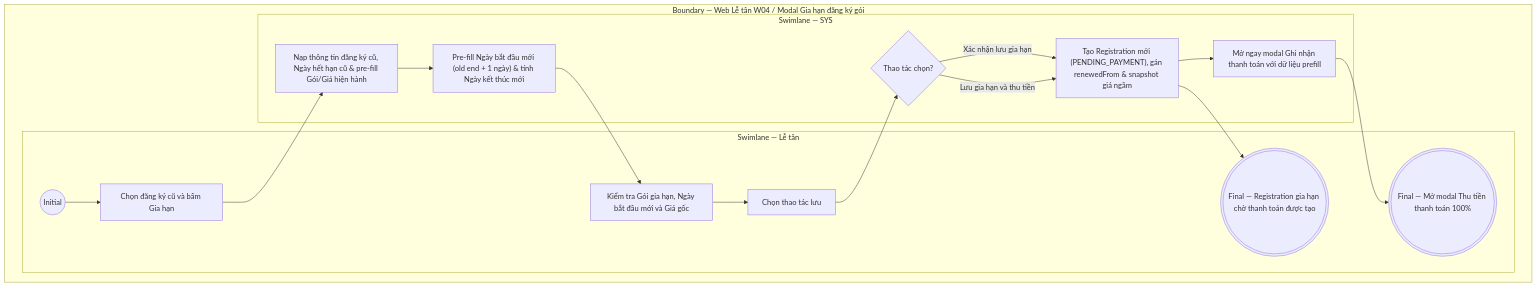
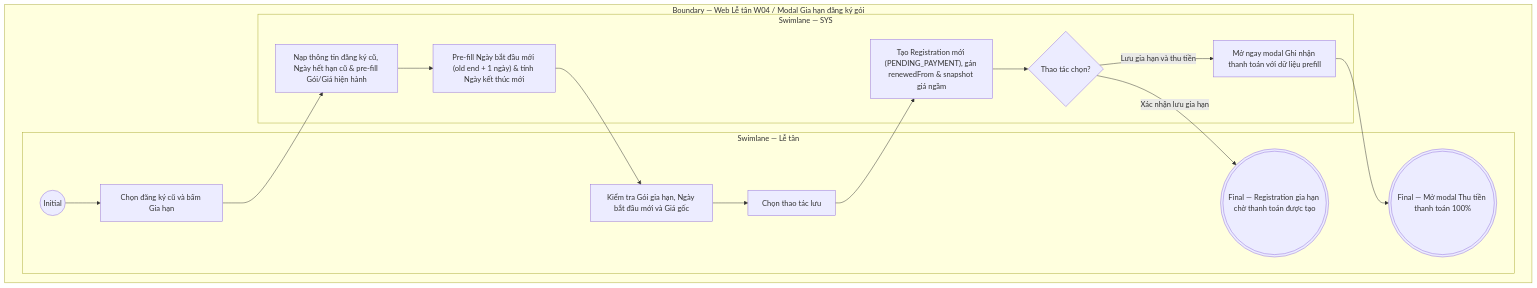
Before and after one commit to ThachY-23120411/Paradise-Gym-v2: the diagram in docs/user-stories/le-tan/LT-W04-Đăng ký & gia hạn/LT-W04-US02-Gia hạn đăng ký gói.md, drawn with Mermaid. The commit also changed other lines of this file and 2325 other files, not shown here.

````diff
--- a/docs/user-stories/le-tan/LT-W04-Đăng ký & gia hạn/LT-W04-US02-Gia hạn đăng ký gói.md
+++ b/docs/user-stories/le-tan/LT-W04-Đăng ký & gia hạn/LT-W04-US02-Gia hạn đăng ký gói.md
@@ -64,26 +68,27 @@
 ```mermaid
 flowchart TB
   subgraph B["Boundary — Web Lễ tân W04 / Modal Gia hạn đăng ký gói"]
     subgraph L0["Swimlane — Lễ tân"]
       I01(("Initial"))
       A01["Chọn đăng ký cũ và bấm Gia hạn"]
       A02["Kiểm tra Gói gia hạn, Ngày bắt đầu mới và Giá gốc"]
       A03["Chọn thao tác lưu"]
       F01((("Final — Registration gia hạn chờ thanh toán được tạo")))
       F02((("Final — Mở modal Thu tiền thanh toán 100%")))
       I01 --> A01
       A02 --> A03
     end
     subgraph L1["Swimlane — SYS"]
       S01["Nạp thông tin đăng ký cũ, Ngày hết hạn cũ & pre-fill Gói/Giá hiện hành"]
       S02["Pre-fill Ngày bắt đầu mới (old end + 1 ngày) & tính Ngày kết thúc mới"]
       D01{"Thao tác chọn?"}
       S03["Tạo Registration mới (PENDING_PAYMENT), gán renewedFrom & snapshot giá ngầm"]
       S04["Mở ngay modal Ghi nhận thanh toán với dữ liệu prefill"]
       A01 --> S01 --> S02 --> A02
-      A03 --> D01
-      D01 -->|Xác nhận lưu gia hạn| S03 --> F01
-      D01 -->|Lưu gia hạn và thu tiền| S03 --> S04 --> F02
+      A03 --> S03
+      S03 --> D01
+      D01 -->|Xác nhận lưu gia hạn| F01
+      D01 -->|Lưu gia hạn và thu tiền| S04 --> F02
     end
   end
 ```
````
